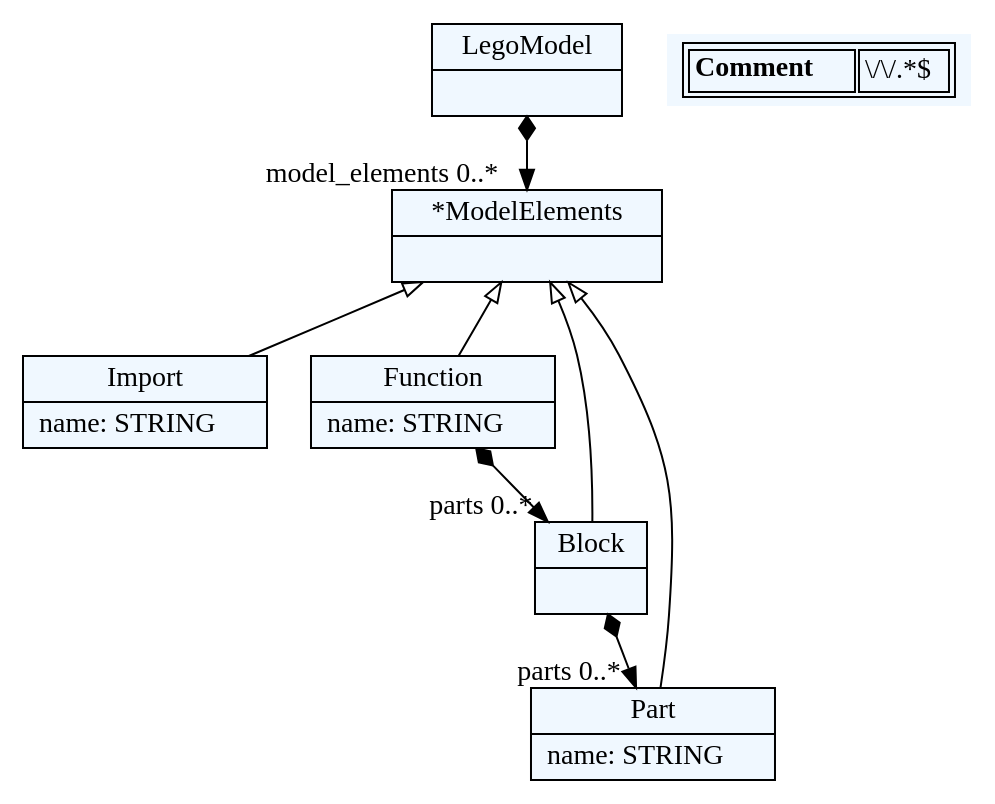
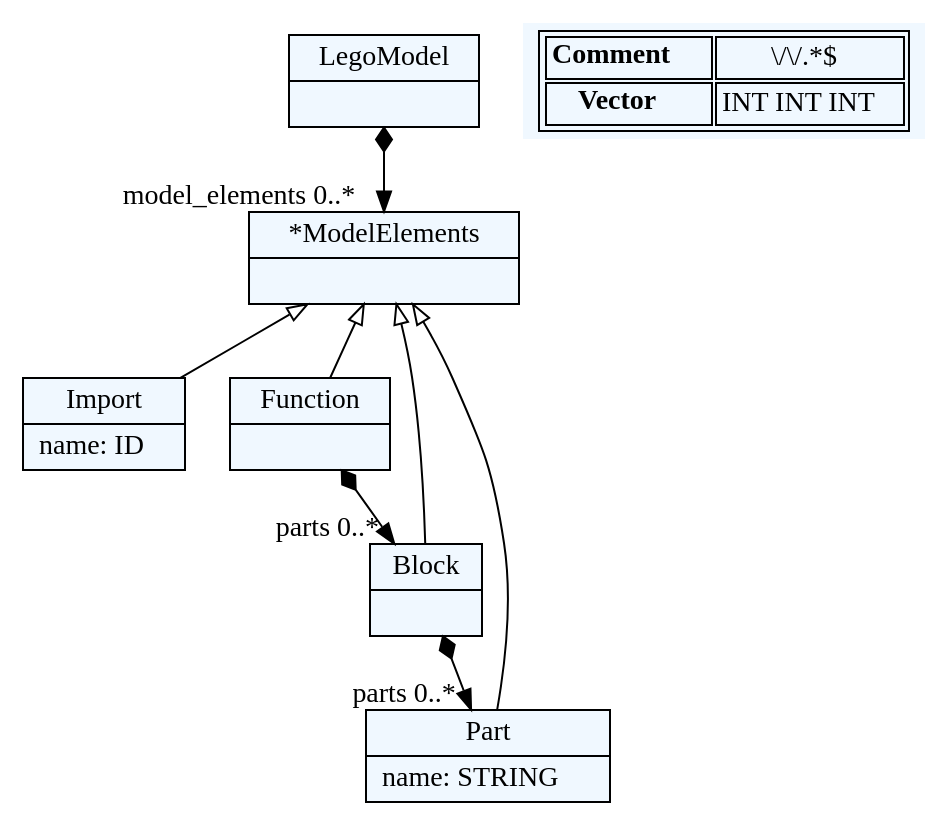
Before and after one commit to MarkVerbeek91/OpenSdraw2: the diagram in opensdraw2/opensdraw.dot, drawn with Graphviz. The commit also changed 15 other files, not shown here.

```diff
--- a/opensdraw2/opensdraw.dot
+++ b/opensdraw2/opensdraw.dot
@@ -1,42 +1,45 @@
 
     digraph textX {
     fontname = "Bitstream Vera Sans"
     fontsize = 8
     node[
         shape=record,
         style=filled,
         fillcolor=aliceblue
     ]
     nodesep = 0.3
     edge[dir=black,arrowtail=empty]
 
 
-2412423890032[ label="{LegoModel|}"]
+1192872778656[ label="{LegoModel|}"]
 
-2412423898528[ label="{*ModelElements|}"]
+1192872784320[ label="{*ModelElements|}"]
 
-2412423894752[ label="{Import|name: STRING\l}"]
+1192872768272[ label="{Import|name: ID\l}"]
 
-2412423879648[ label="{Function|name: STRING\l}"]
+1192872759776[ label="{Function|}"]
 
-2412423872096[ label="{Part|name: STRING\l}"]
+1192872782432[ label="{Part|name: STRING\l}"]
 
-2412423882480[ label="{Block|}"]
+1192872757888[ label="{Block|}"]
 
 
 
-2412423890032 -> 2412423898528[arrowtail=diamond, dir=both, headlabel="model_elements 0..*"]
-2412423898528 -> 2412423894752 [dir=back]
-2412423898528 -> 2412423879648 [dir=back]
-2412423898528 -> 2412423872096 [dir=back]
-2412423898528 -> 2412423882480 [dir=back]
-2412423879648 -> 2412423882480[arrowtail=diamond, dir=both, headlabel="parts 0..*"]
-2412423882480 -> 2412423872096[arrowtail=diamond, dir=both, headlabel="parts 0..*"]
+1192872778656 -> 1192872784320[arrowtail=diamond, dir=both, headlabel="model_elements 0..*"]
+1192872784320 -> 1192872768272 [dir=back]
+1192872784320 -> 1192872759776 [dir=back]
+1192872784320 -> 1192872782432 [dir=back]
+1192872784320 -> 1192872757888 [dir=back]
+1192872759776 -> 1192872757888[arrowtail=diamond, dir=both, headlabel="parts 0..*"]
+1192872757888 -> 1192872782432[arrowtail=diamond, dir=both, headlabel="parts 0..*"]
 match_rules [ shape=plaintext, label=< <table>
 	<tr>
 		<td><b>Comment</b></td><td>\/\/.*$</td>
+	</tr>
+	<tr>
+		<td><b>Vector</b></td><td>INT INT INT</td>
 	</tr>
 </table> >]
 
 
 }
```
